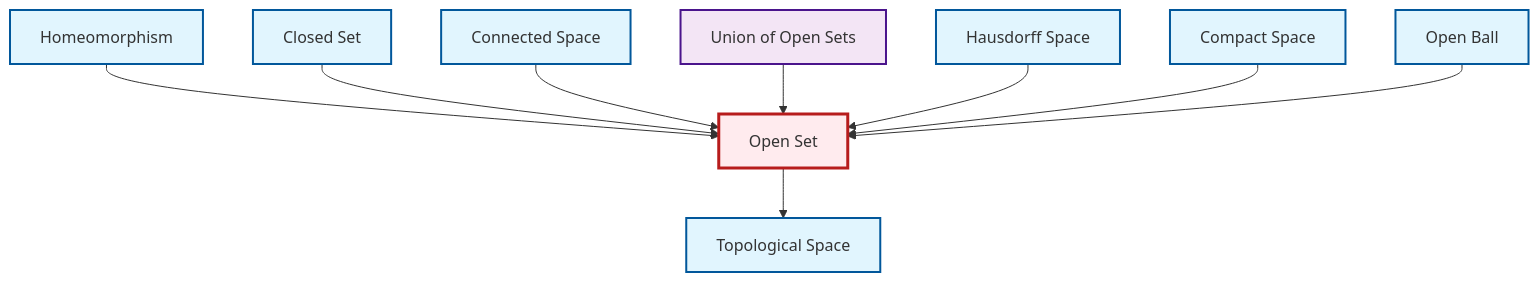
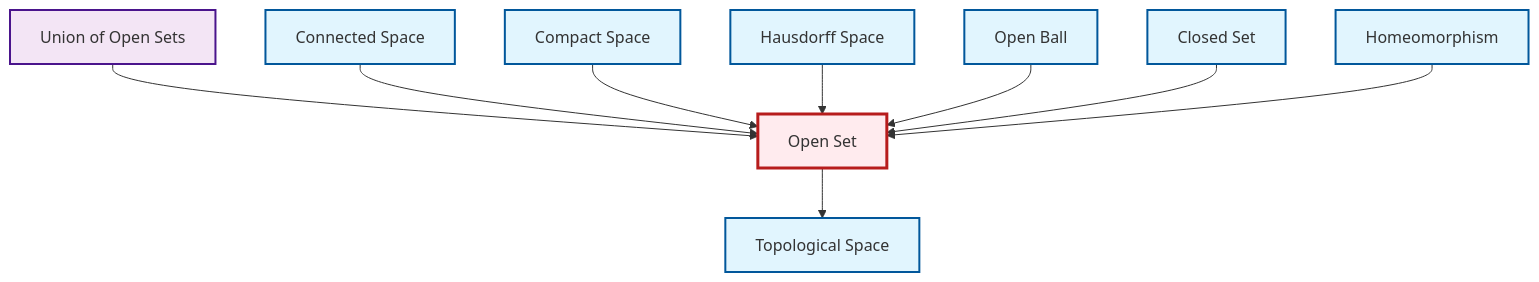
The diagram in output/mermaid/en/def-open-set.mermaid (RK0429/ModernMath), drawn with Mermaid before and after one commit. The commit also changed other lines of this file and 1775 other files, not shown here.

```diff
--- a/output/mermaid/en/def-open-set.mermaid
+++ b/output/mermaid/en/def-open-set.mermaid
@@ -1,24 +1,24 @@
 graph TD
     classDef definition fill:#e1f5fe,stroke:#01579b,stroke-width:2px
     classDef theorem fill:#f3e5f5,stroke:#4a148c,stroke-width:2px
     classDef axiom fill:#fff3e0,stroke:#e65100,stroke-width:2px
     classDef example fill:#e8f5e9,stroke:#1b5e20,stroke-width:2px
     classDef current fill:#ffebee,stroke:#b71c1c,stroke-width:3px
+    def-open-ball["Open Ball"]:::definition
+    def-compact["Compact Space"]:::definition
+    def-homeomorphism["Homeomorphism"]:::definition
+    def-open-set["Open Set"]:::definition
+    def-closed-set["Closed Set"]:::definition
     def-topological-space["Topological Space"]:::definition
+    def-hausdorff["Hausdorff Space"]:::definition
+    def-connected["Connected Space"]:::definition
     thm-union-open-sets["Union of Open Sets"]:::theorem
-    def-open-set["Open Set"]:::definition
-    def-hausdorff["Hausdorff Space"]:::definition
-    def-compact["Compact Space"]:::definition
-    def-closed-set["Closed Set"]:::definition
-    def-open-ball["Open Ball"]:::definition
-    def-homeomorphism["Homeomorphism"]:::definition
-    def-connected["Connected Space"]:::definition
+    thm-union-open-sets --> def-open-set
+    def-connected --> def-open-set
+    def-compact --> def-open-set
+    def-hausdorff --> def-open-set
+    def-open-ball --> def-open-set
+    def-closed-set --> def-open-set
     def-homeomorphism --> def-open-set
-    def-closed-set --> def-open-set
-    def-connected --> def-open-set
     def-open-set --> def-topological-space
-    thm-union-open-sets --> def-open-set
-    def-hausdorff --> def-open-set
-    def-compact --> def-open-set
-    def-open-ball --> def-open-set
     class def-open-set current
```
